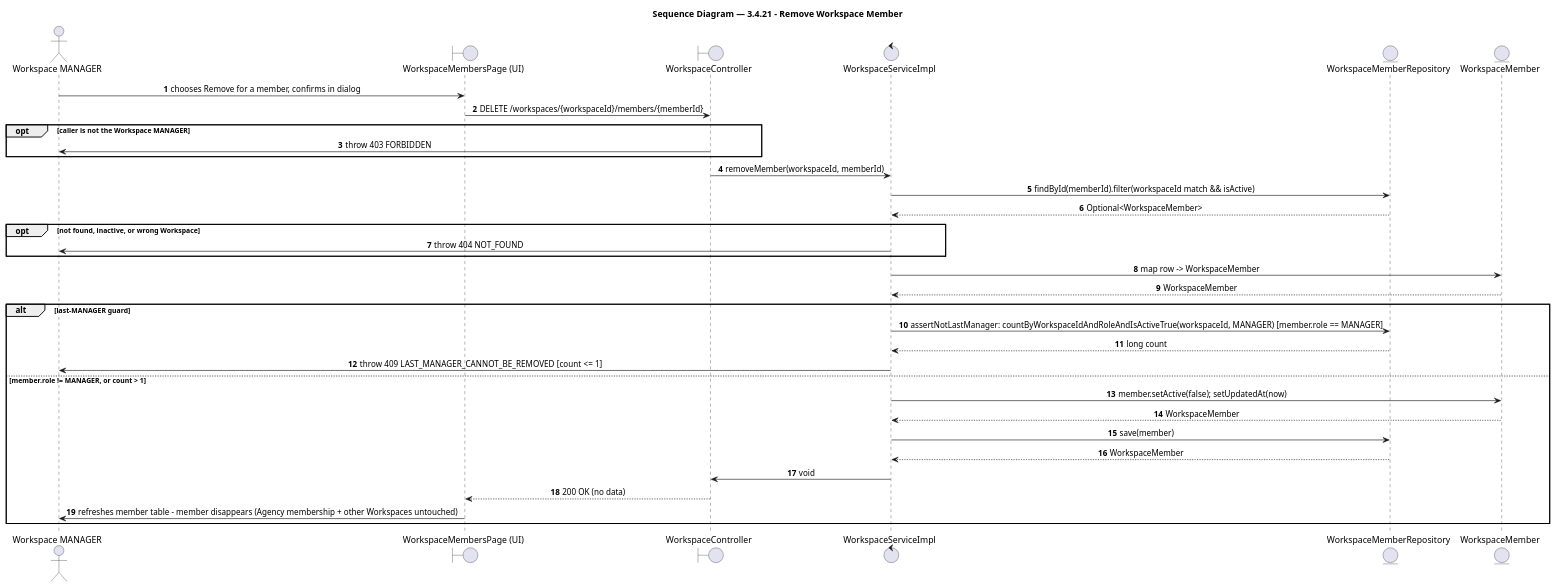
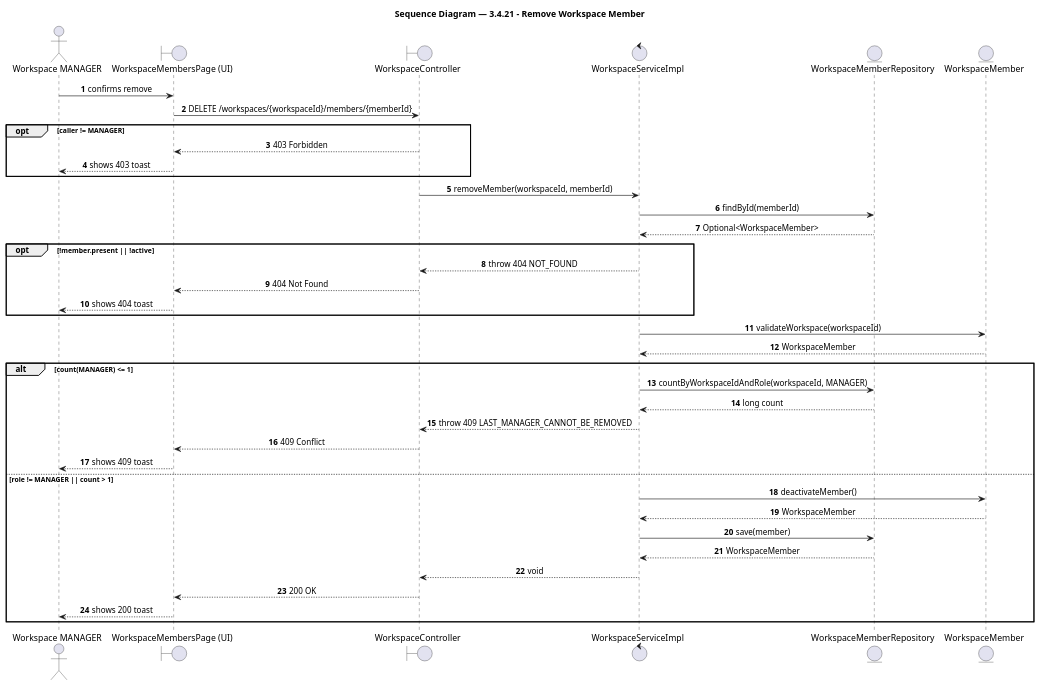
One commit to BrandHubOrganization/brandhub-infrastructure changed the diagram in docs/feature/agency-workspace/3-4-21-remove-workspace-member/report4_sequence.puml. Above: the diagram before and after it, drawn with PlantUML. The commit also changed 33 other files, not shown here.

Commit message:
docs: add PlantUML sequence diagrams and class diagrams for agency workspace and profile features

```diff
--- a/docs/feature/agency-workspace/3-4-21-remove-workspace-member/report4_sequence.puml
+++ b/docs/feature/agency-workspace/3-4-21-remove-workspace-member/report4_sequence.puml
@@ -1,46 +1,51 @@
 @startuml 3.4.21 - Remove Workspace Member
 title Sequence Diagram — 3.4.21 - Remove Workspace Member
 
 autonumber
 skinparam shadowing false
 skinparam sequenceMessageAlign center
 skinparam BoxPadding 10
 skinparam ParticipantPadding 10
 
 ' === Participants ===
 actor "Workspace MANAGER" as workspace_manager
 boundary "WorkspaceMembersPage (UI)" as workspacememberspage_ui
 boundary "WorkspaceController" as workspacecontroller
 control "WorkspaceServiceImpl" as workspaceserviceimpl
 entity "WorkspaceMemberRepository" as workspacememberrepository
 entity "WorkspaceMember" as workspacemember
 
 ' === Flow ===
-workspace_manager -> workspacememberspage_ui: chooses Remove for a member, confirms in dialog
+workspace_manager -> workspacememberspage_ui: confirms remove
 workspacememberspage_ui -> workspacecontroller: DELETE /workspaces/{workspaceId}/members/{memberId}
-opt caller is not the Workspace MANAGER
-  workspacecontroller -> workspace_manager: throw 403 FORBIDDEN
+opt caller != MANAGER
+  workspacecontroller --> workspacememberspage_ui: 403 Forbidden
+  workspacememberspage_ui --> workspace_manager: shows 403 toast
 end
 workspacecontroller -> workspaceserviceimpl: removeMember(workspaceId, memberId)
-workspaceserviceimpl -> workspacememberrepository: findById(memberId).filter(workspaceId match && isActive)
+workspaceserviceimpl -> workspacememberrepository: findById(memberId)
 workspacememberrepository --> workspaceserviceimpl: Optional<WorkspaceMember>
-opt not found, inactive, or wrong Workspace
-  workspaceserviceimpl -> workspace_manager: throw 404 NOT_FOUND
+opt !member.present || !active
+  workspaceserviceimpl --> workspacecontroller: throw 404 NOT_FOUND
+  workspacecontroller --> workspacememberspage_ui: 404 Not Found
+  workspacememberspage_ui --> workspace_manager: shows 404 toast
 end
-workspaceserviceimpl -> workspacemember: map row -> WorkspaceMember
+workspaceserviceimpl -> workspacemember: validateWorkspace(workspaceId)
 workspacemember --> workspaceserviceimpl: WorkspaceMember
-alt last-MANAGER guard
-  workspaceserviceimpl -> workspacememberrepository: assertNotLastManager: countByWorkspaceIdAndRoleAndIsActiveTrue(workspaceId, MANAGER)  [member.role == MANAGER]
+alt count(MANAGER) <= 1
+  workspaceserviceimpl -> workspacememberrepository: countByWorkspaceIdAndRole(workspaceId, MANAGER)
   workspacememberrepository --> workspaceserviceimpl: long count
-  workspaceserviceimpl -> workspace_manager: throw 409 LAST_MANAGER_CANNOT_BE_REMOVED  [count <= 1]
-else member.role != MANAGER, or count > 1
-  workspaceserviceimpl -> workspacemember: member.setActive(false); setUpdatedAt(now)
+  workspaceserviceimpl --> workspacecontroller: throw 409 LAST_MANAGER_CANNOT_BE_REMOVED
+  workspacecontroller --> workspacememberspage_ui: 409 Conflict
+  workspacememberspage_ui --> workspace_manager: shows 409 toast
+else role != MANAGER || count > 1
+  workspaceserviceimpl -> workspacemember: deactivateMember()
   workspacemember --> workspaceserviceimpl: WorkspaceMember
   workspaceserviceimpl -> workspacememberrepository: save(member)
   workspacememberrepository --> workspaceserviceimpl: WorkspaceMember
-  workspaceserviceimpl -> workspacecontroller: void
-  workspacecontroller --> workspacememberspage_ui: 200 OK (no data)
-  workspacememberspage_ui -> workspace_manager: refreshes member table - member disappears (Agency membership + other Workspaces untouched)
+  workspaceserviceimpl --> workspacecontroller: void
+  workspacecontroller --> workspacememberspage_ui: 200 OK
+  workspacememberspage_ui --> workspace_manager: shows 200 toast
 end
 
 @enduml
```
